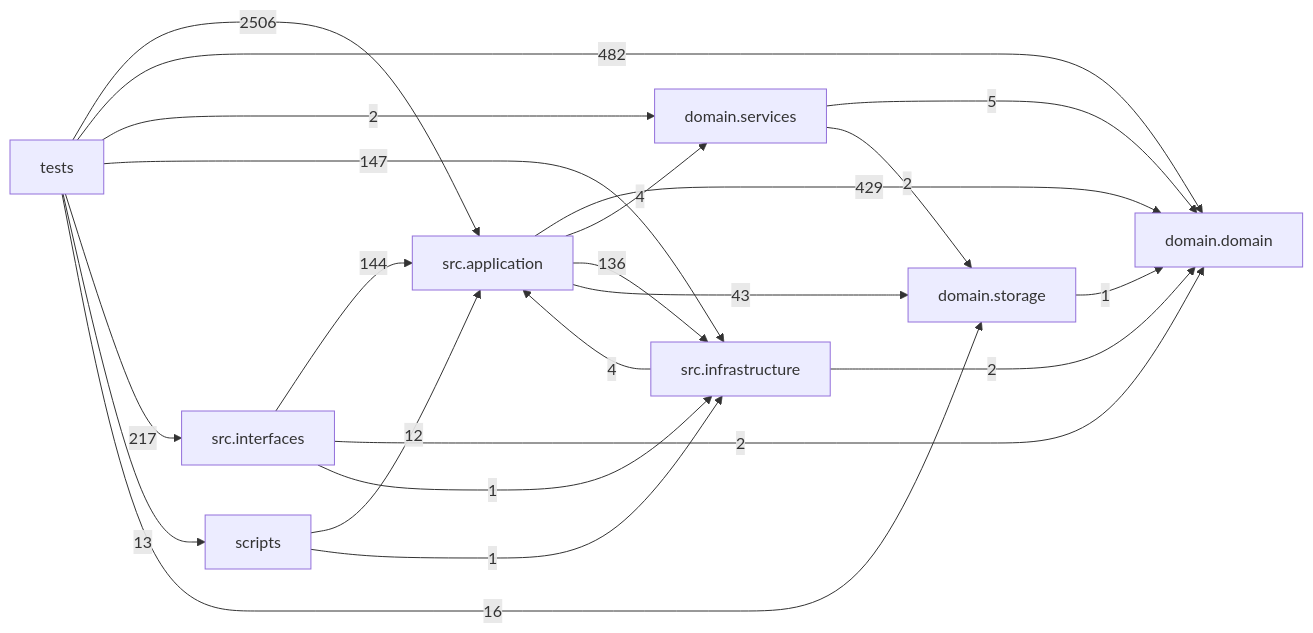
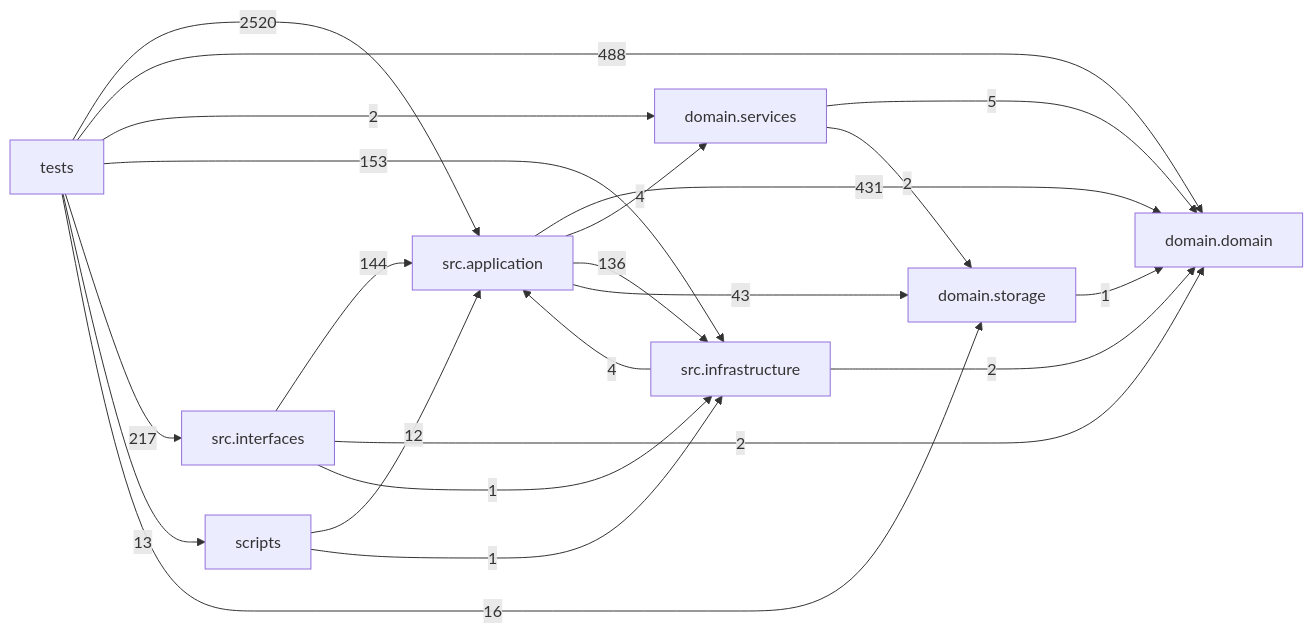
The diagram in docs/DEPENDENCY_GRAPH.md (liuxie066/options-monitor), drawn with Mermaid before and after one commit. The commit also changed other lines of this file and 62 other files, not shown here.

````diff
--- a/docs/DEPENDENCY_GRAPH.md
+++ b/docs/DEPENDENCY_GRAPH.md
@@ -24,32 +24,32 @@
 ```mermaid
 flowchart LR
   tests["tests"]
   scripts["scripts"]
   interfaces["src.interfaces"]
   application["src.application"]
   infrastructure["src.infrastructure"]
   domain_services["domain.services"]
   domain["domain.domain"]
   storage["domain.storage"]
-  application -->|429| domain
+  application -->|431| domain
   application -->|4| domain_services
   application -->|136| infrastructure
   application -->|43| storage
   domain_services -->|5| domain
   domain_services -->|2| storage
   infrastructure -->|4| application
   infrastructure -->|2| domain
   interfaces -->|144| application
   interfaces -->|2| domain
   interfaces -->|1| infrastructure
   scripts -->|12| application
   scripts -->|1| infrastructure
   storage -->|1| domain
-  tests -->|2506| application
-  tests -->|482| domain
+  tests -->|2520| application
+  tests -->|488| domain
   tests -->|2| domain_services
-  tests -->|147| infrastructure
+  tests -->|153| infrastructure
   tests -->|217| interfaces
   tests -->|13| scripts
   tests -->|16| storage
 ```
````
